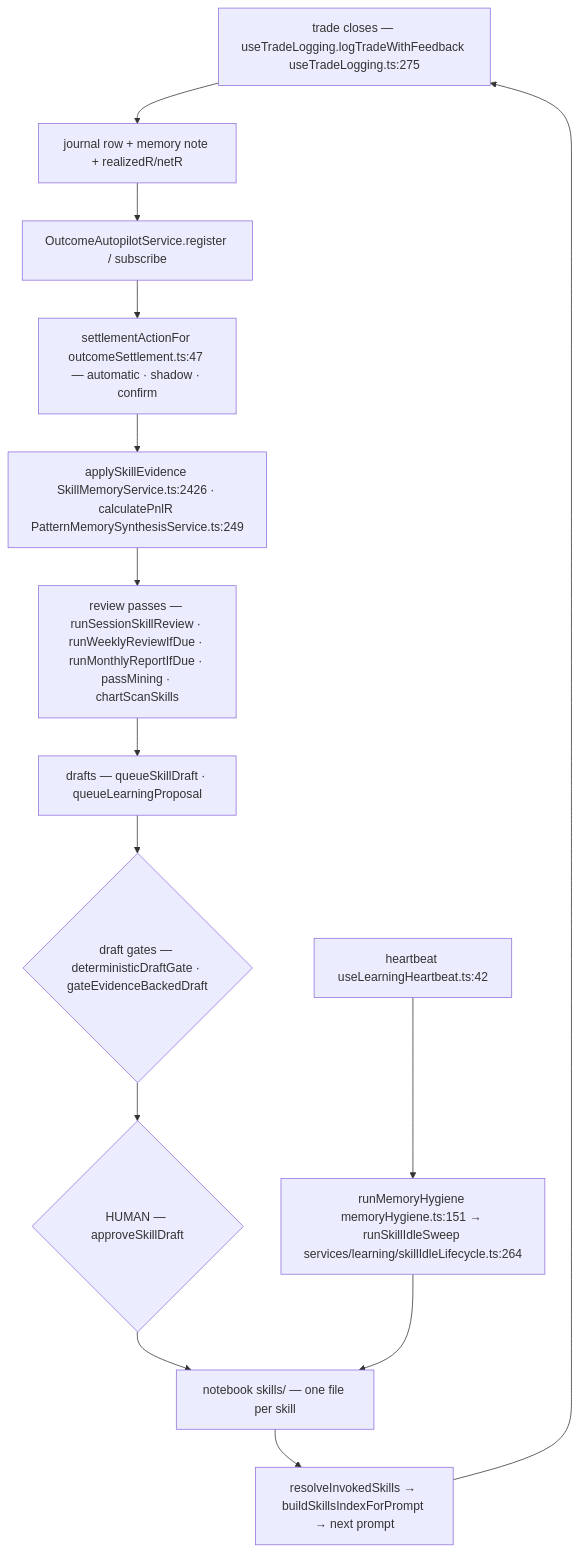
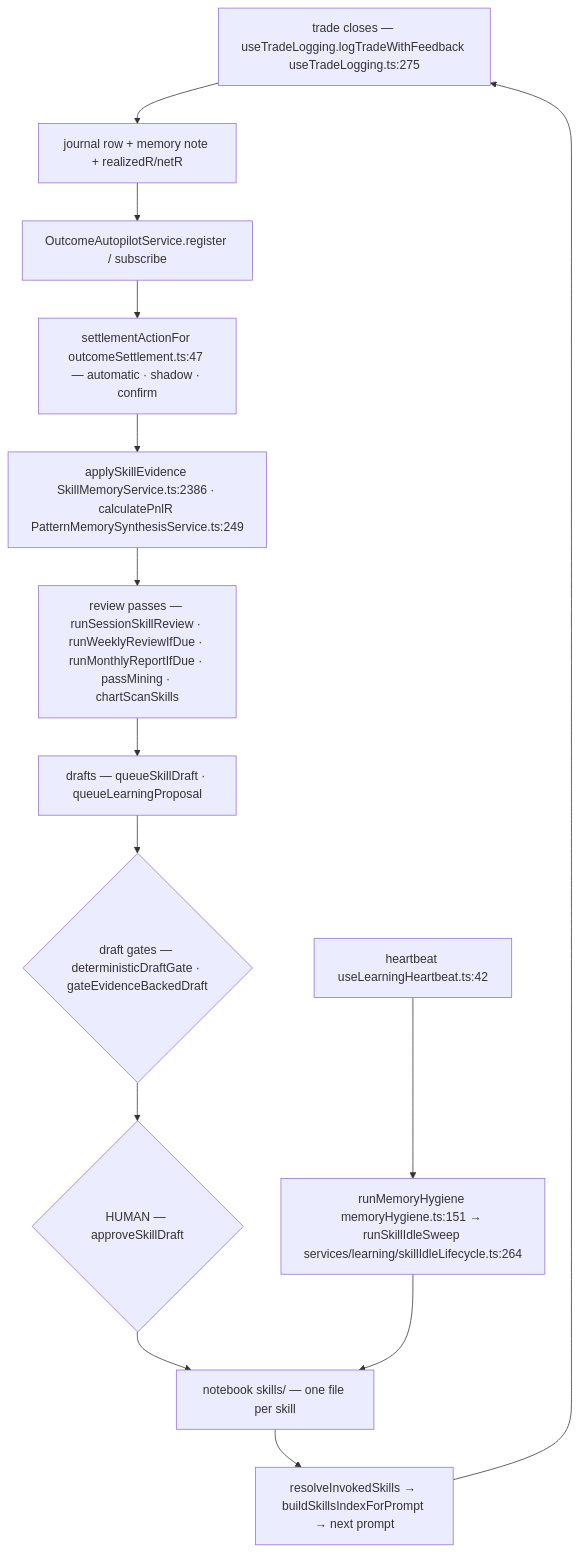
One commit to Acepay25/august-3.5 changed the eighth of 8 diagrams in docs/app-flow.md. Above: the diagram before and after it, drawn with Mermaid. The commit also changed other lines of this file and 30 other files, not shown here.

````diff
--- a/docs/app-flow.md
+++ b/docs/app-flow.md
@@ -1010,16 +1010,16 @@
 ```mermaid
 flowchart TD
     T["trade closes — useTradeLogging.logTradeWithFeedback useTradeLogging.ts:275"] --> J["journal row + memory note + realizedR/netR"]
     J --> A["OutcomeAutopilotService.register / subscribe"]
     A --> S["settlementActionFor outcomeSettlement.ts:47 — automatic · shadow · confirm"]
-    S --> E["applySkillEvidence SkillMemoryService.ts:2426 · calculatePnlR PatternMemorySynthesisService.ts:249"]
+    S --> E["applySkillEvidence SkillMemoryService.ts:2386 · calculatePnlR PatternMemorySynthesisService.ts:249"]
     E --> R["review passes — runSessionSkillReview · runWeeklyReviewIfDue · runMonthlyReportIfDue · passMining · chartScanSkills"]
     R --> D["drafts — queueSkillDraft · queueLearningProposal"]
     D --> G{"draft gates — deterministicDraftGate · gateEvidenceBackedDraft"}
     G --> H{"HUMAN — approveSkillDraft"}
     H --> N["notebook skills/ — one file per skill"]
     N --> I["resolveInvokedSkills → buildSkillsIndexForPrompt → next prompt"]
     I --> T
     X["heartbeat useLearningHeartbeat.ts:42"] --> Y["runMemoryHygiene memoryHygiene.ts:151 → runSkillIdleSweep services/learning/skillIdleLifecycle.ts:264"]
     Y --> N
 ```
````
